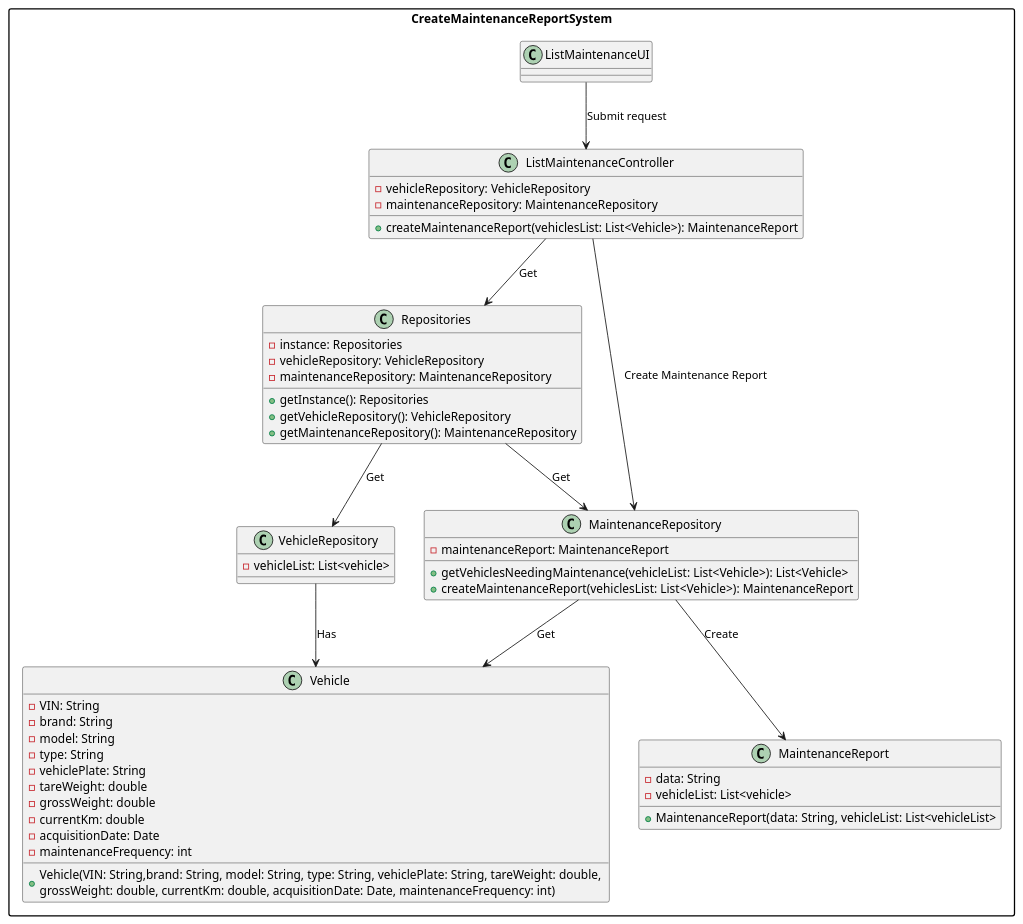
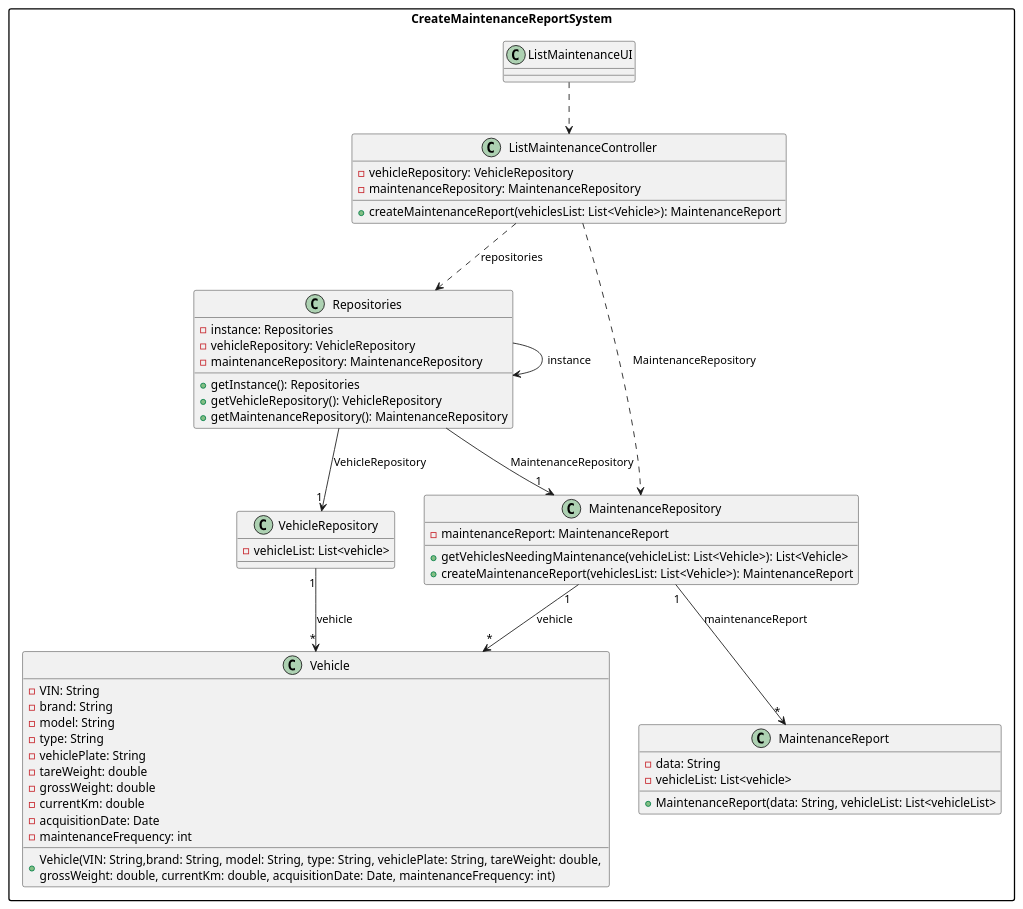
One commit to ricardomm7/leaflink changed the diagram in docs/sprintB/us008/03.design/puml/us008-class-diagram.puml. Above: the diagram before and after it, drawn with PlantUML. The commit also changed 5 other files, not shown here.

```diff
--- a/docs/sprintB/us008/03.design/puml/us008-class-diagram.puml
+++ b/docs/sprintB/us008/03.design/puml/us008-class-diagram.puml
@@ -1,73 +1,74 @@
 @startuml
 skinparam packageStyle rectangle
 skinparam shadowing false
 skinparam line type polyline
 
 package CreateMaintenanceReportSystem {
 class ListMaintenanceUI{
 }
 
 class ListMaintenanceController {
     - vehicleRepository: VehicleRepository
     - maintenanceRepository: MaintenanceRepository
 
     + createMaintenanceReport(vehiclesList: List<Vehicle>): MaintenanceReport
 }
 
 class Repositories {
     - instance: Repositories
     - vehicleRepository: VehicleRepository
     - maintenanceRepository: MaintenanceRepository
 
     + getInstance(): Repositories
     + getVehicleRepository(): VehicleRepository
     + getMaintenanceRepository(): MaintenanceRepository
 }
 
 class VehicleRepository {
     - vehicleList: List<vehicle>
 
 }
 
 class MaintenanceRepository {
     - maintenanceReport: MaintenanceReport
 
     + getVehiclesNeedingMaintenance(vehicleList: List<Vehicle>): List<Vehicle>
     + createMaintenanceReport(vehiclesList: List<Vehicle>): MaintenanceReport
 }
 
 class Vehicle {
      - VIN: String
      - brand: String
      - model: String
      - type: String
      - vehiclePlate: String
      - tareWeight: double
      - grossWeight: double
      - currentKm: double
      - acquisitionDate: Date
      - maintenanceFrequency: int
 
     + Vehicle(VIN: String,brand: String, model: String, type: String, vehiclePlate: String, tareWeight: double, \ngrossWeight: double, currentKm: double, acquisitionDate: Date, maintenanceFrequency: int)
 }
 
 
 
 class MaintenanceReport {
     - data: String
     - vehicleList: List<vehicle>
 
     + MaintenanceReport(data: String, vehicleList: List<vehicleList>
 
 }
 
-ListMaintenanceUI --> ListMaintenanceController: Submit request
-ListMaintenanceController --> Repositories: Get
-ListMaintenanceController --> MaintenanceRepository: Create Maintenance Report
-Repositories --> VehicleRepository: Get
-Repositories --> MaintenanceRepository: Get
-VehicleRepository --> Vehicle: Has
-MaintenanceRepository --> Vehicle: Get
-MaintenanceRepository --> MaintenanceReport: Create
+ListMaintenanceUI ..> ListMaintenanceController
+ListMaintenanceController ..> Repositories: repositories
+Repositories --> Repositories: instance
+ListMaintenanceController ..> MaintenanceRepository: MaintenanceRepository
+Repositories --> "1"VehicleRepository: VehicleRepository
+Repositories --> "1"MaintenanceRepository: MaintenanceRepository
+VehicleRepository "1"--> "*"Vehicle: vehicle
+MaintenanceRepository "1"--> "*"Vehicle: vehicle
+MaintenanceRepository "1"-->"*" MaintenanceReport: maintenanceReport
 }
 @enduml
```
